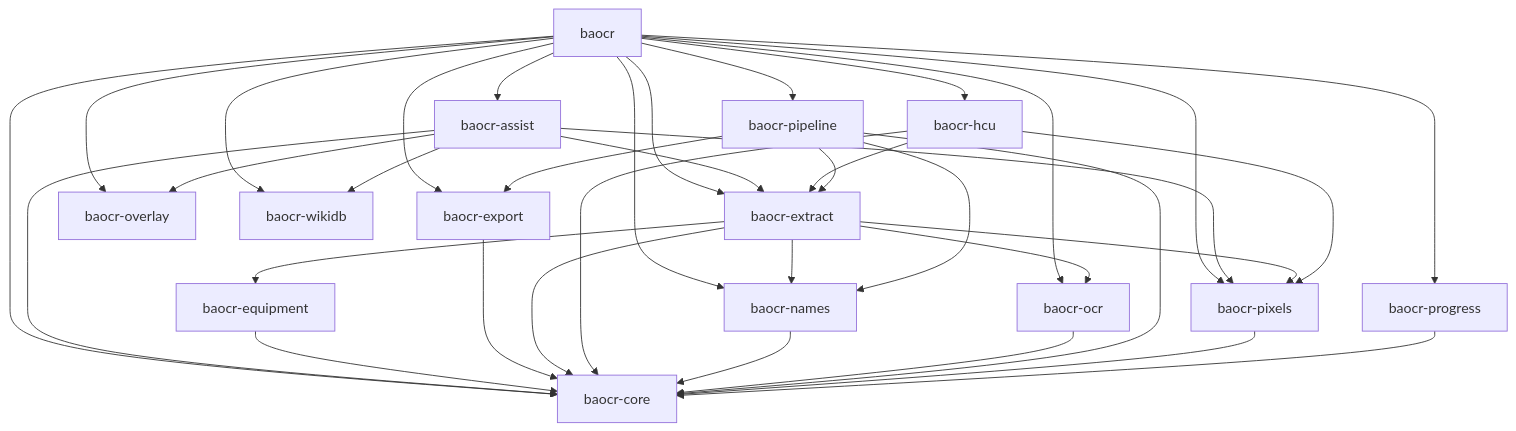
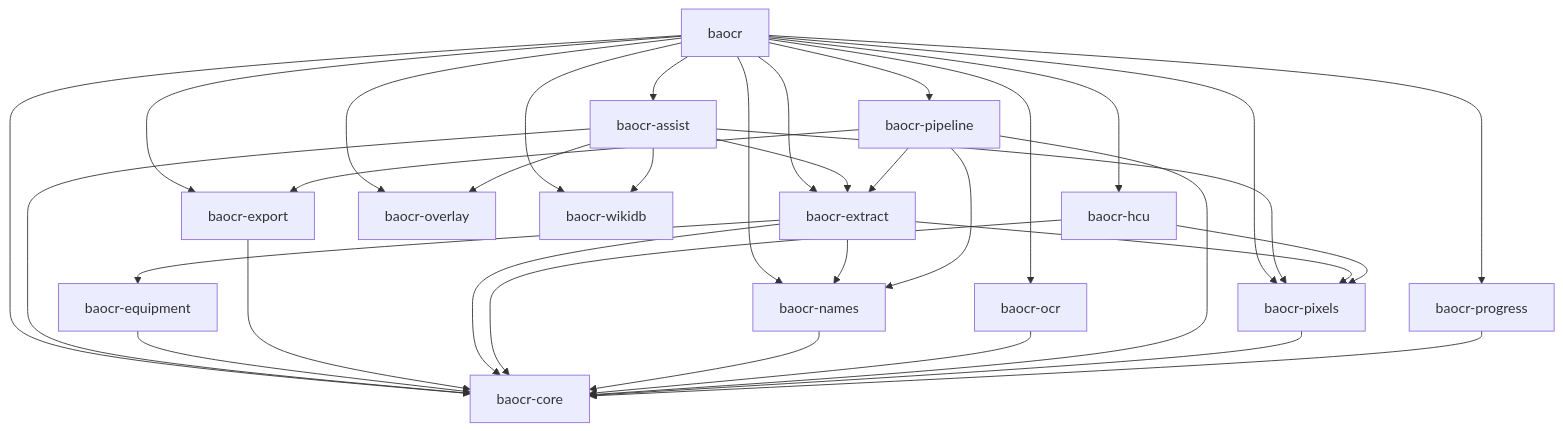
Before and after one commit to whyjp/ba_key_amas: the diagram in docs/diagrams/crates.mmd, drawn with Mermaid. The commit also changed 25 other files, not shown here.

First line of the commit message:
structure: ink_to_line moves to pixels, frame names and DeepFrames to core (extract no longer needs ocr, hcu no longer needs extract), assistant.rs split into controls, present and tests, clippy runs in CI

```diff
--- a/docs/diagrams/crates.mmd
+++ b/docs/diagrams/crates.mmd
@@ -1,36 +1,34 @@
 graph TD
   baocr[baocr] --> baocr_assist[baocr-assist]
   baocr[baocr] --> baocr_core[baocr-core]
   baocr[baocr] --> baocr_export[baocr-export]
   baocr[baocr] --> baocr_extract[baocr-extract]
   baocr[baocr] --> baocr_hcu[baocr-hcu]
   baocr[baocr] --> baocr_names[baocr-names]
   baocr[baocr] --> baocr_ocr[baocr-ocr]
   baocr[baocr] --> baocr_overlay[baocr-overlay]
   baocr[baocr] --> baocr_pipeline[baocr-pipeline]
   baocr[baocr] --> baocr_pixels[baocr-pixels]
   baocr[baocr] --> baocr_progress[baocr-progress]
   baocr[baocr] --> baocr_wikidb[baocr-wikidb]
   baocr_assist[baocr-assist] --> baocr_core[baocr-core]
   baocr_assist[baocr-assist] --> baocr_extract[baocr-extract]
   baocr_assist[baocr-assist] --> baocr_overlay[baocr-overlay]
   baocr_assist[baocr-assist] --> baocr_pixels[baocr-pixels]
   baocr_assist[baocr-assist] --> baocr_wikidb[baocr-wikidb]
   baocr_equipment[baocr-equipment] --> baocr_core[baocr-core]
   baocr_export[baocr-export] --> baocr_core[baocr-core]
   baocr_extract[baocr-extract] --> baocr_core[baocr-core]
   baocr_extract[baocr-extract] --> baocr_equipment[baocr-equipment]
   baocr_extract[baocr-extract] --> baocr_names[baocr-names]
-  baocr_extract[baocr-extract] --> baocr_ocr[baocr-ocr]
   baocr_extract[baocr-extract] --> baocr_pixels[baocr-pixels]
   baocr_hcu[baocr-hcu] --> baocr_core[baocr-core]
-  baocr_hcu[baocr-hcu] --> baocr_extract[baocr-extract]
   baocr_hcu[baocr-hcu] --> baocr_pixels[baocr-pixels]
   baocr_names[baocr-names] --> baocr_core[baocr-core]
   baocr_ocr[baocr-ocr] --> baocr_core[baocr-core]
   baocr_pipeline[baocr-pipeline] --> baocr_core[baocr-core]
   baocr_pipeline[baocr-pipeline] --> baocr_export[baocr-export]
   baocr_pipeline[baocr-pipeline] --> baocr_extract[baocr-extract]
   baocr_pipeline[baocr-pipeline] --> baocr_names[baocr-names]
   baocr_pixels[baocr-pixels] --> baocr_core[baocr-core]
   baocr_progress[baocr-progress] --> baocr_core[baocr-core]
```
